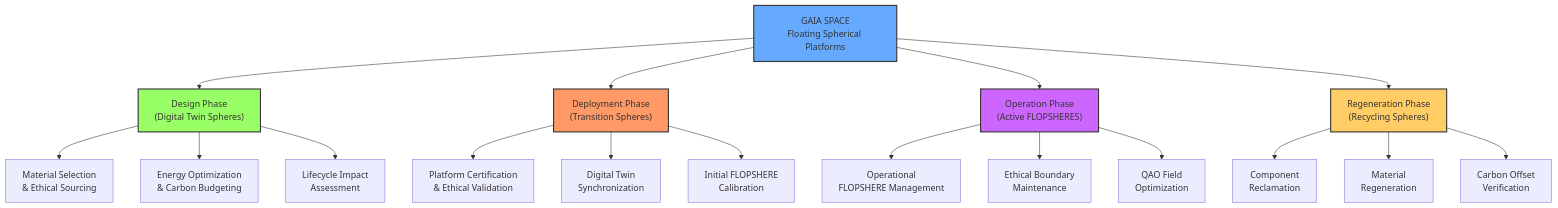
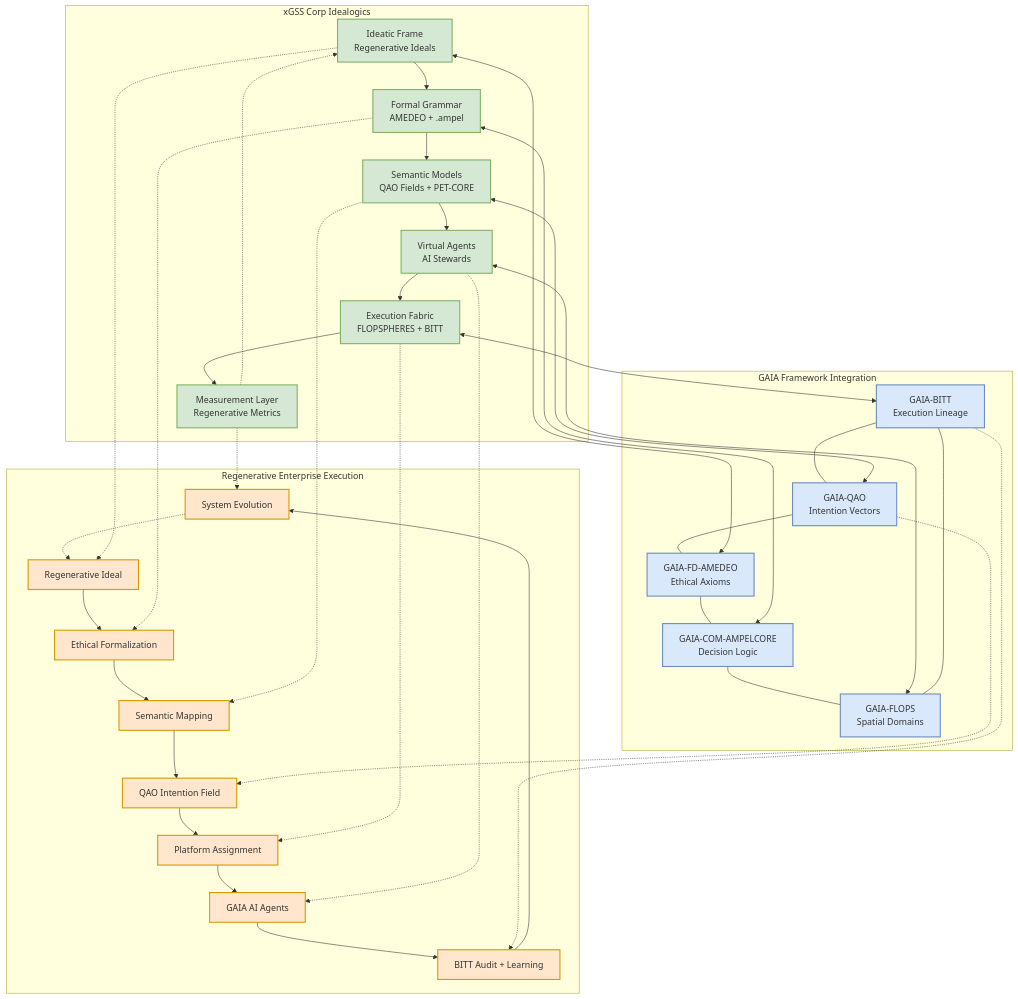
The diagram in README.md (Gaia-Q-Data-Governance/AGAD-FRAMEWORK), drawn with Mermaid before and after one commit. The commit also changed other lines of this file, not shown here.

````diff
--- a/README.md
+++ b/README.md
@@ -107,29 +11,75 @@
 ```mermaid
 graph TD
-    A["GAIA SPACE<br/>Floating Spherical Platforms"] --> B["Design Phase<br/>(Digital Twin Spheres)"]
-    A --> C["Deployment Phase<br/>(Transition Spheres)"]
-    A --> D["Operation Phase<br/>(Active FLOPSHERES)"]
-    A --> E["Regeneration Phase<br/>(Recycling Spheres)"]
+    subgraph IDEALOGICS ["xGSS Corp Idealogics"]
+        IF["Ideatic Frame<br>Regenerative Ideals"]
+        FG["Formal Grammar<br>AMEDEO + .ampel"]
+        SM["Semantic Models<br>QAO Fields + PET-CORE"]
+        VA["Virtual Agents<br>AI Stewards"]
+        EF["Execution Fabric<br>FLOPSPHERES + BITT"]
+        ML["Measurement Layer<br>Regenerative Metrics"]
+        
+        IF --> FG
+        FG --> SM
+        SM --> VA
+        VA --> EF
+        EF --> ML
+        ML -.-> IF
+    end
     
-    B --> F["Material Selection<br/>& Ethical Sourcing"]
-    B --> G["Energy Optimization<br/>& Carbon Budgeting"]
-    B --> H["Lifecycle Impact<br/>Assessment"]
+    subgraph GAIA ["GAIA Framework Integration"]
+        AMEDEO["GAIA-FD-AMEDEO<br>Ethical Axioms"]
+        AMPEL["GAIA-COM-AMPELCORE<br>Decision Logic"]
+        FLOPS["GAIA-FLOPS<br>Spatial Domains"]
+        BITT["GAIA-BITT<br>Execution Lineage"]
+        QAO["GAIA-QAO<br>Intention Vectors"]
+        
+        AMEDEO --- AMPEL
+        AMPEL --- FLOPS
+        FLOPS --- BITT
+        BITT --- QAO
+        QAO --- AMEDEO
+    end
     
-    C --> I["Platform Certification<br/>& Ethical Validation"]
-    C --> J["Digital Twin<br/>Synchronization"]
-    C --> K["Initial FLOPSHERE<br/>Calibration"]
+    IF <--> AMEDEO
+    FG <--> AMPEL
+    SM <--> QAO
+    VA <--> FLOPS
+    EF <--> BITT
     
-    D --> L["Operational<br/>FLOPSHERE Management"]
-    D --> M["Ethical Boundary<br/>Maintenance"]
-    D --> N["QAO Field<br/>Optimization"]
+    subgraph EXECUTION ["Regenerative Enterprise Execution"]
+        IDEAL["Regenerative Ideal"]
+        FORMAL["Ethical Formalization"]
+        SEMANTIC["Semantic Mapping"]
+        QAO_FIELD["QAO Intention Field"]
+        PLATFORM["Platform Assignment"]
+        AGENTS["GAIA AI Agents"]
+        AUDIT["BITT Audit + Learning"]
+        EVOLUTION["System Evolution"]
+        
+        IDEAL --> FORMAL
+        FORMAL --> SEMANTIC
+        SEMANTIC --> QAO_FIELD
+        QAO_FIELD --> PLATFORM
+        PLATFORM --> AGENTS
+        AGENTS --> AUDIT
+        AUDIT --> EVOLUTION
+        EVOLUTION -.-> IDEAL
+    end
     
-    E --> O["Component<br/>Reclamation"]
-    E --> P["Material<br/>Regeneration"]
-    E --> Q["Carbon Offset<br/>Verification"]
+    IF -.-> IDEAL
+    FG -.-> FORMAL
+    SM -.-> SEMANTIC
+    QAO -.-> QAO_FIELD
+    EF -.-> PLATFORM
+    VA -.-> AGENTS
+    BITT -.-> AUDIT
+    ML -.-> EVOLUTION
     
-    style A fill:#6af,stroke:#333,stroke-width:2px
-    style B fill:#9f6,stroke:#333,stroke-width:2px
-    style C fill:#f96,stroke:#333,stroke-width:2px
-    style D fill:#c6f,stroke:#333,stroke-width:2px
-    style E fill:#fc6,stroke:#333,stroke-width:2px
+    classDef idealogics fill:#d5e8d4,stroke:#82b366,stroke-width:2px
+    classDef gaia fill:#dae8fc,stroke:#6c8ebf,stroke-width:2px
+    classDef execution fill:#ffe6cc,stroke:#d79b00,stroke-width:2px
+    
+    class IF,FG,SM,VA,EF,ML idealogics
+    class AMEDEO,AMPEL,FLOPS,BITT,QAO gaia
+    class IDEAL,FORMAL,SEMANTIC,QAO_FIELD,PLATFORM,AGENTS,AUDIT,EVOLUTION execution
 ```
````
